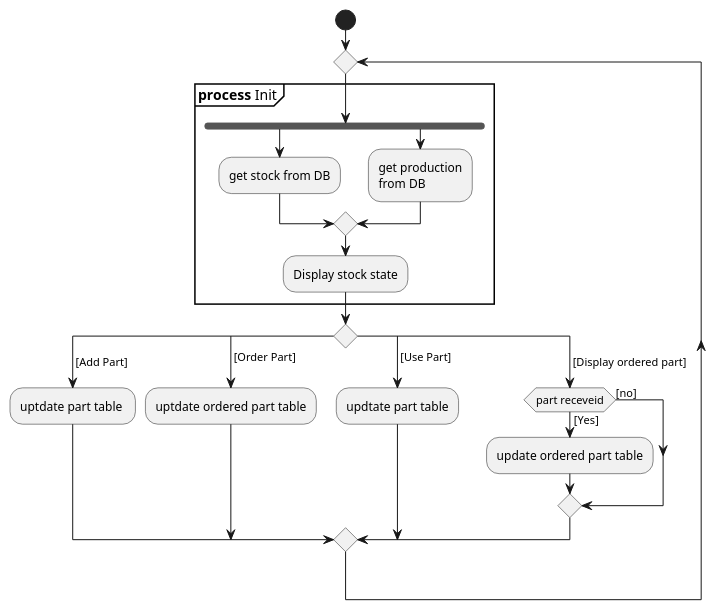
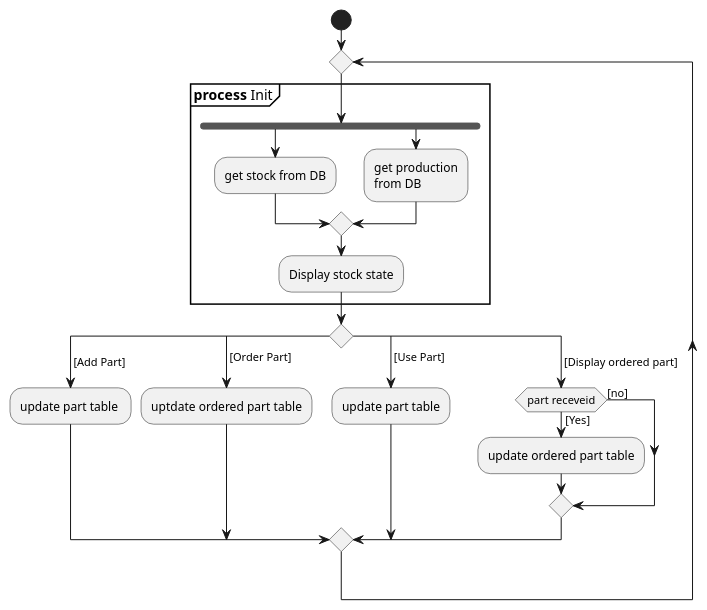
Before and after one commit to fred-corp/Bovelo_PG3L_ECAM: the diagram in diagrams/Current/PlantUML/activity/stock.plantuml, drawn with PlantUML.

```diff
--- a/diagrams/Current/PlantUML/activity/stock.plantuml
+++ b/diagrams/Current/PlantUML/activity/stock.plantuml
@@ -1,27 +1,27 @@
 @startuml
 start
 repeat
 partition "**process** Init" {
     
 fork
   :get stock from DB;
 fork again
   :get production
  from DB;
 end merge
     :Display stock state;
 }
 switch ()
 case ( [Add Part] )
-  :uptdate part table ;
+  :update part table ;
 case ( [Order Part] ) 
   :uptdate ordered part table;
 case ( [Use Part] )
-  :updtate part table;
+  :update part table;
 case ( [Display ordered part] )
 if (part receveid) is ([Yes]) then
 :update ordered part table;
 else ([no])
 endif
 endswitch
 @enduml
```
